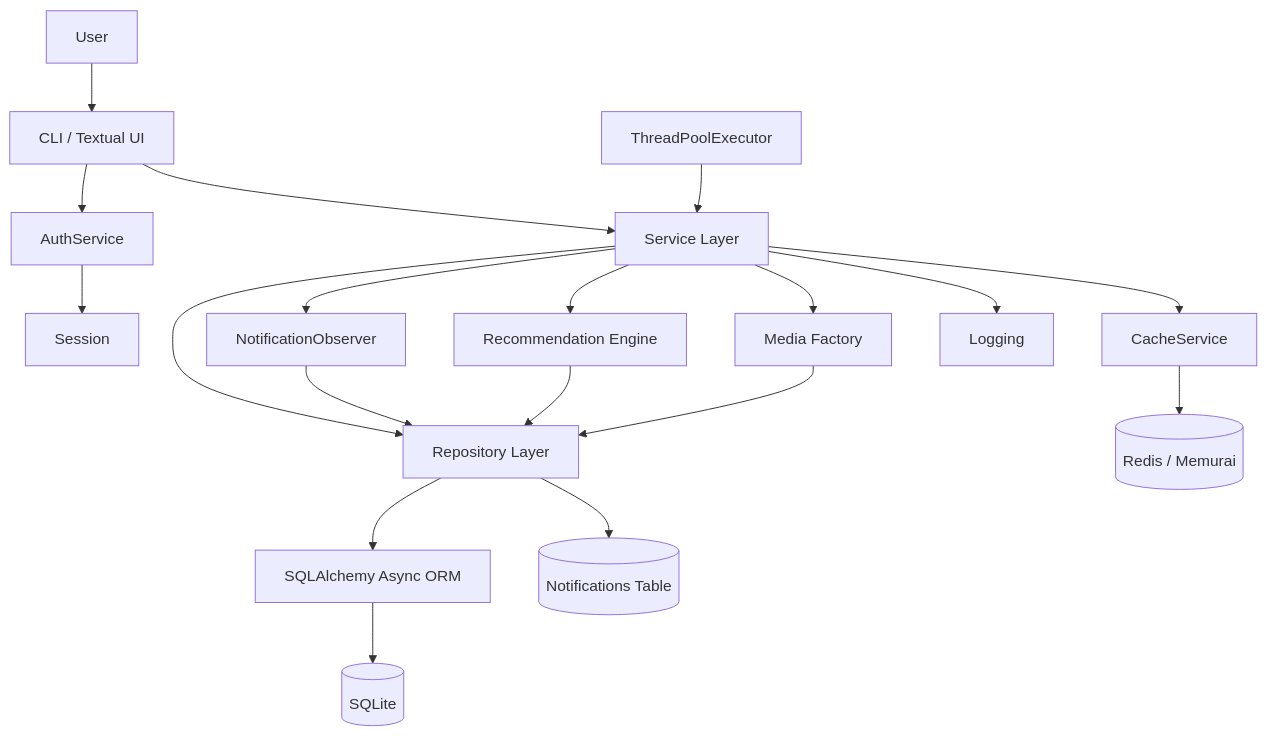
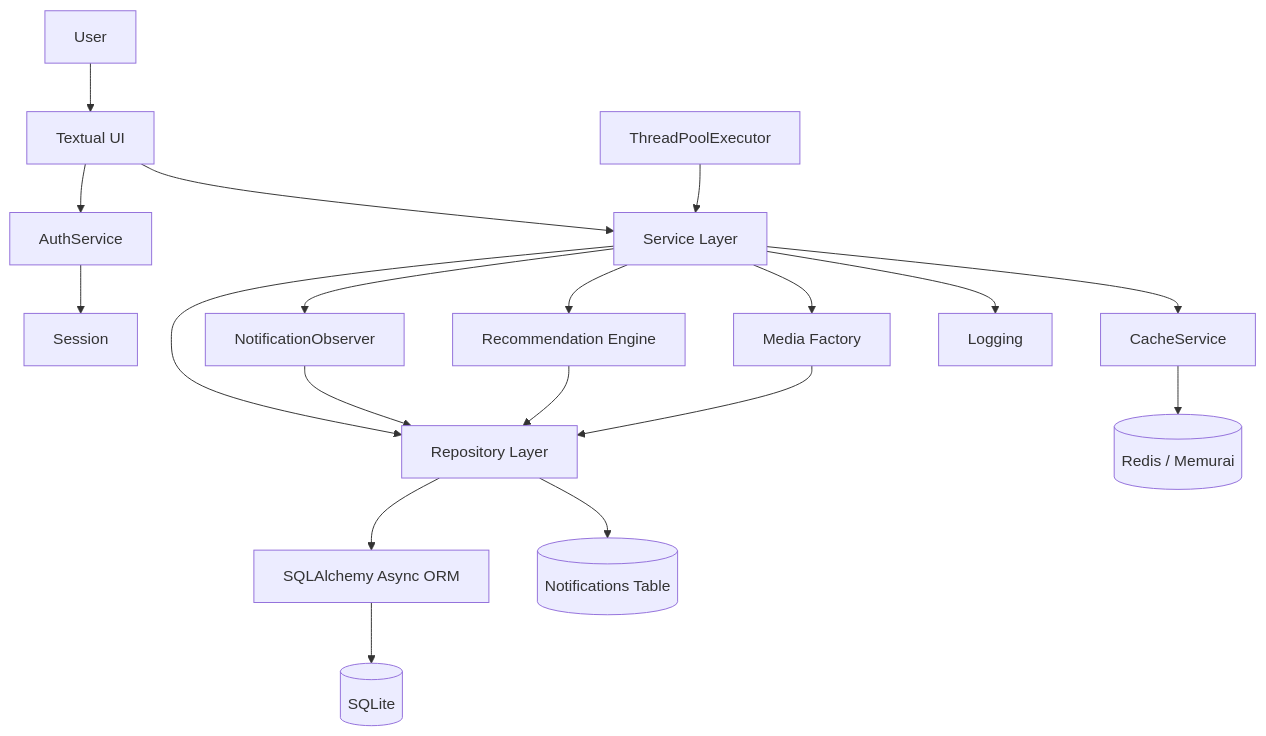
The ninth of 9 diagrams in DESIGN DOC.md (shaikalishamuskaan/MINI_PROJECT), drawn with Mermaid before and after one commit. The commit also changed other lines of this file and 4 other files, not shown here.

````diff
--- a/DESIGN DOC.md
+++ b/DESIGN DOC.md
@@ -1608,50 +1611,50 @@
 ```mermaid
 flowchart TD
     USER["User"]
 
-    UI["CLI / Textual UI"]
+    UI["Textual UI"]
 
     SERVICE["Service Layer"]
     AUTH["AuthService"]
     SESSION["Session"]
     REC["Recommendation Engine"]
     FACTORY["Media Factory"]
     POOL["ThreadPoolExecutor"]
     REPO["Repository Layer"]
     CACHE["CacheService"]
     OBS["NotificationObserver"]
     LOG["Logging"]
 
     ORM["SQLAlchemy Async ORM"]
     DB[("SQLite")]
     REDIS[("Redis / Memurai")]
     NOTIF[("Notifications Table")]
 
     USER --> UI
 
     UI --> AUTH
     AUTH --> SESSION
 
     UI --> SERVICE
 
     POOL --> SERVICE
 
     SERVICE --> REC
     SERVICE --> FACTORY
     SERVICE --> REPO
     SERVICE --> CACHE
     SERVICE --> OBS
     SERVICE --> LOG
 
     REPO --> ORM
     ORM --> DB
 
     CACHE --> REDIS
 
     OBS --> REPO
 
     REC --> REPO
     FACTORY --> REPO
 
     REPO --> NOTIF
 ```
````
